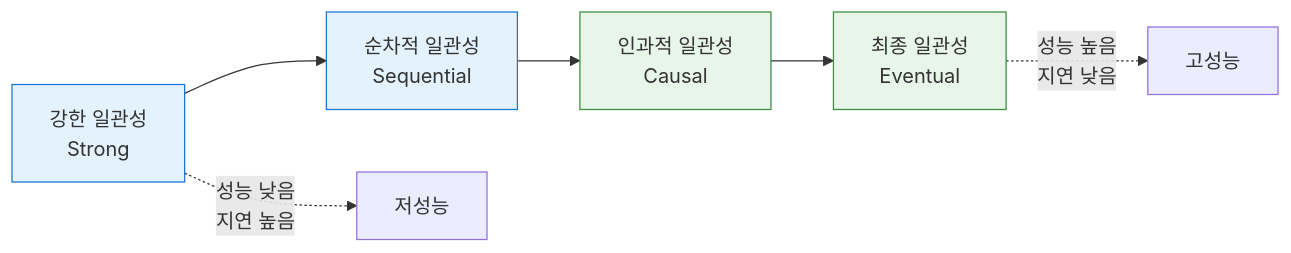
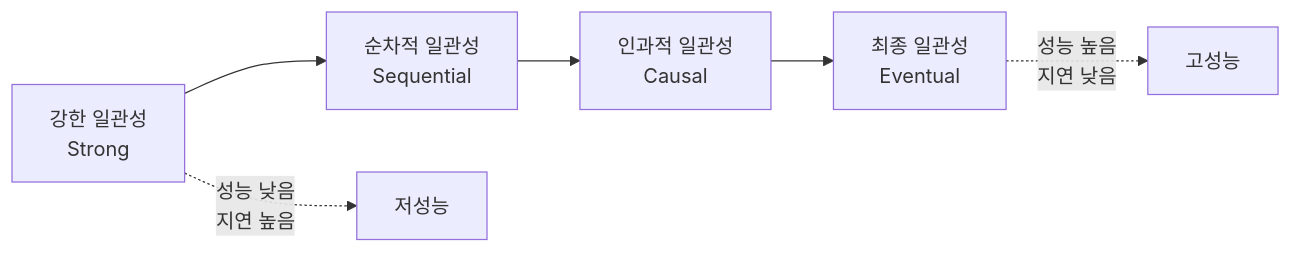
Before and after one commit to yjkim2015/yjkim2015.github.io: the third of 17 diagrams in _posts/systemdesign/2026-05-02-system-design-fundamentals.md, drawn with Mermaid. The commit also changed other lines of this file and 215 other files, not shown here.

First line of the commit message:
신규 포스트 10개 추가 + Mermaid 전면 축소 + SystemDesign 시리즈 보강

````diff
--- a/_posts/systemdesign/2026-05-02-system-design-fundamentals.md
+++ b/_posts/systemdesign/2026-05-02-system-design-fundamentals.md
@@ -158,14 +137,8 @@
 ```mermaid
 graph LR
     A["강한 일관성\nStrong"] --> B["순차적 일관성\nSequential"]
     B --> C["인과적 일관성\nCausal"]
     C --> D["최종 일관성\nEventual"]
-
     A -.->|"성능 낮음\n지연 높음"| E["저성능"]
     D -.->|"성능 높음\n지연 낮음"| F["고성능"]
-
-    classDef client fill:#e3f2fd,stroke:#1976d2
-    classDef server fill:#e8f5e9,stroke:#388e3c
-    class A,B client
-    class C,D server
 ```
````
